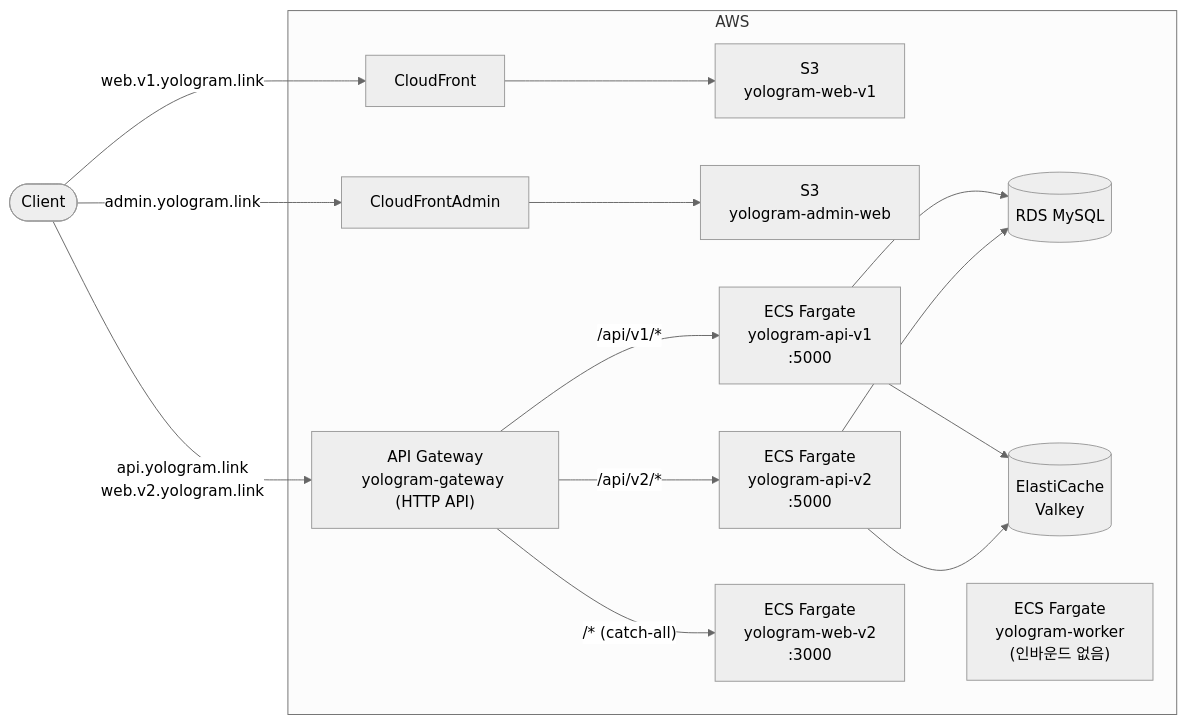
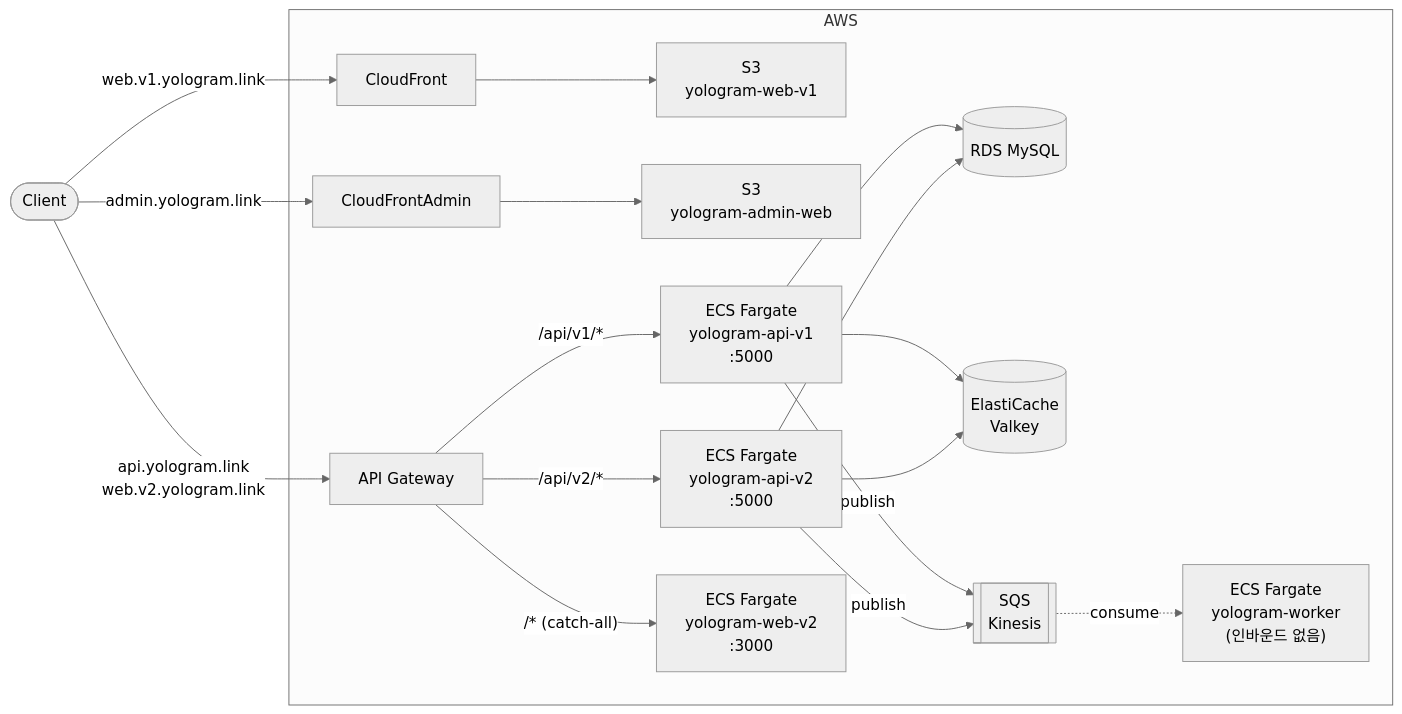
Before and after one commit to yologger/yologram: the diagram in README.md, drawn with Mermaid (neutral theme). The commit also changed other lines of this file, not shown here.

Commit message:
[all] docs: 아키텍처 다이어그램에 SQS/Kinesis 발행·소비 흐름 추가

````diff
--- a/README.md
+++ b/README.md
@@ -28,25 +28,29 @@
 ```mermaid
 flowchart LR
     Client([Client])
 
     Client -- "web.v1.yologram.link" --> CloudFront
     Client -- "admin.yologram.link" --> CloudFrontAdmin
     Client -- "api.yologram.link<br/>web.v2.yologram.link" --> APIGW
 
     subgraph AWS
         CloudFront --> S3["S3<br/>yologram-web-v1"]
         CloudFrontAdmin --> S3Admin["S3<br/>yologram-admin-web"]
-
-        APIGW["API Gateway<br/>yologram-gateway (HTTP API)"]
+        APIGW["API Gateway"]
         APIGW -- "/api/v1/*" --> ECS_API_V1["ECS Fargate<br/>yologram-api-v1<br/>:5000"]
         APIGW -- "/api/v2/*" --> ECS_API_V2["ECS Fargate<br/>yologram-api-v2<br/>:5000"]
+
         APIGW -- "/* (catch-all)" --> ECS_WEB_V2["ECS Fargate<br/>yologram-web-v2<br/>:3000"]
 
         ECS_API_V1 --> RDS[(RDS MySQL)]
         ECS_API_V2 --> RDS
         ECS_API_V1 --> VALKEY[(ElastiCache<br/>Valkey)]
         ECS_API_V2 --> VALKEY
 
+        ECS_API_V1 -- "publish" --> MQ[["SQS<br/>Kinesis"]]
+        ECS_API_V2 -- "publish" --> MQ
+
         ECS_WORKER["ECS Fargate<br/>yologram-worker<br/>(인바운드 없음)"]
+        MQ -. "consume" .-> ECS_WORKER
     end
 ```
````
